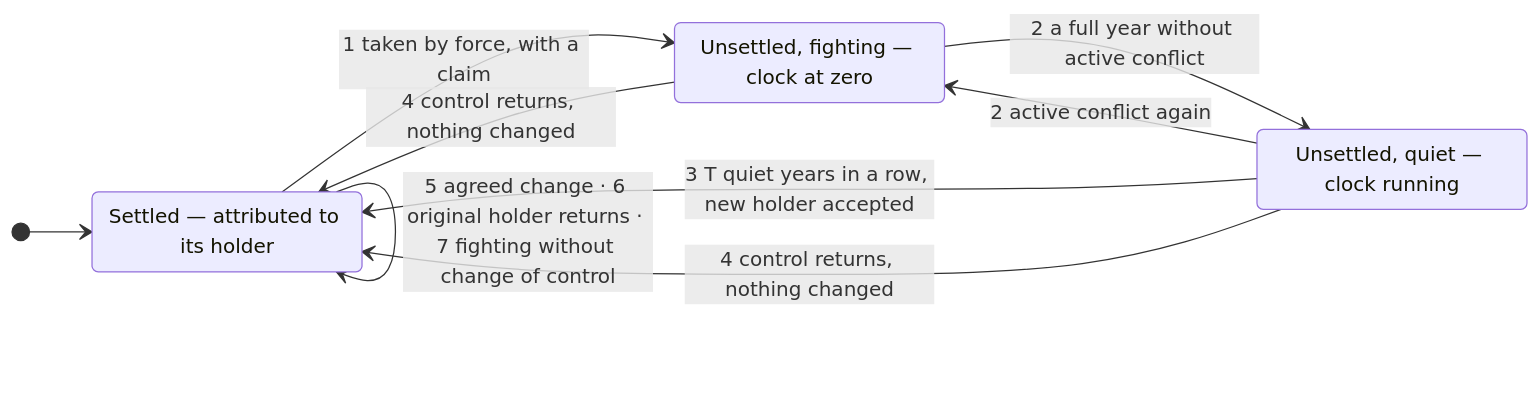
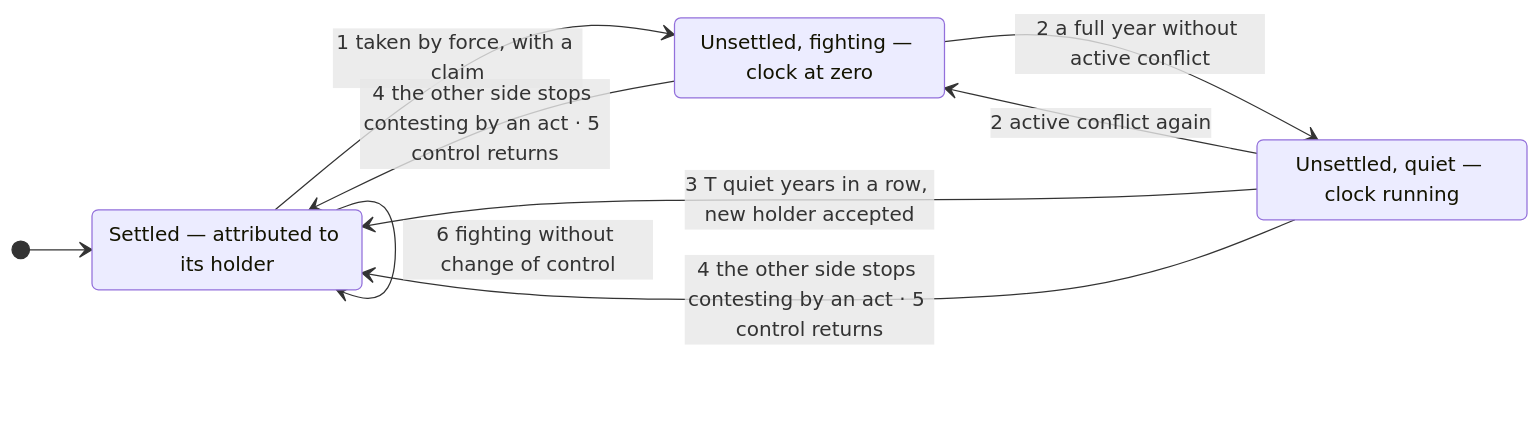
The diagram in docs/proposals/settling-rule.md (uncovering-world/travel-regions-extraction), drawn with Mermaid before and after one commit. The commit also changed other lines of this file and 2 other files, not shown here.

First line of the commit message:
docs(proposal): settling rule without an original holder; acceptance by an act of the other side (#20)

````diff
--- a/docs/proposals/settling-rule.md
+++ b/docs/proposals/settling-rule.md
@@ -23,15 +25,15 @@
 ```mermaid
 stateDiagram-v2
     direction LR
     state "Settled — attributed to its holder" as Settled
     state "Unsettled, fighting — clock at zero" as Fighting
     state "Unsettled, quiet — clock running" as Quiet
     [*] --> Settled
     Settled --> Fighting: 1 taken by force, with a claim
     Fighting --> Quiet: 2 a full year without active conflict
     Quiet --> Fighting: 2 active conflict again
     Quiet --> Settled: 3 T quiet years in a row, new holder accepted
-    Fighting --> Settled: 4 control returns, nothing changed
-    Quiet --> Settled: 4 control returns, nothing changed
-    Settled --> Settled: 5 agreed change · 6 original holder returns · 7 fighting without change of control
+    Fighting --> Settled: 4 the other side stops contesting by an act · 5 control returns
+    Quiet --> Settled: 4 the other side stops contesting by an act · 5 control returns
+    Settled --> Settled: 6 fighting without change of control
 ```
````
